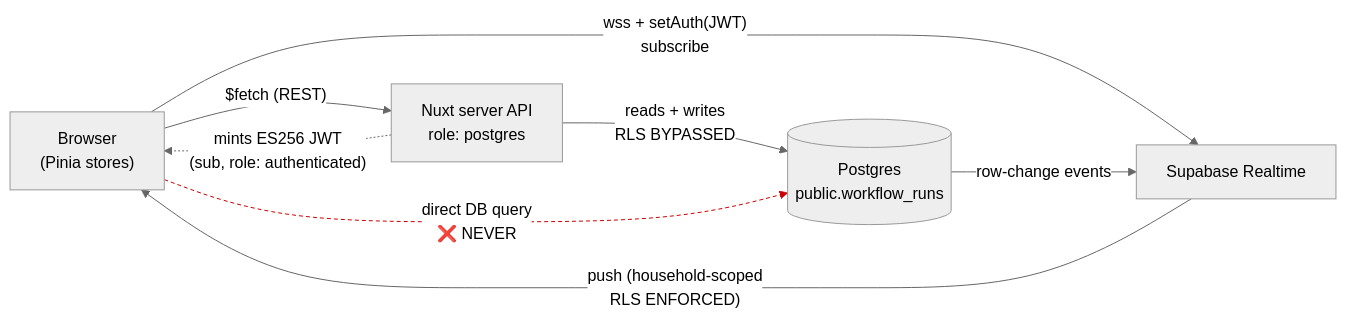
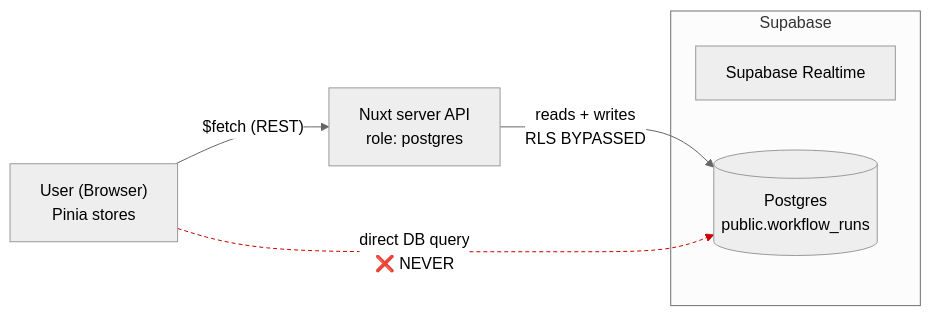
Before and after one commit to julie-ng/tally-split-ai: the first of 2 diagrams in docs/REALTIME.md, drawn with Mermaid (neutral theme). The commit also changed other lines of this file, not shown here.

Commit message:
wip: update diagrams

````diff
--- a/docs/REALTIME.md
+++ b/docs/REALTIME.md
@@ -15,23 +21,18 @@
 ```mermaid
 flowchart LR
-  Browser["Browser<br/>(Pinia stores)"]
   API["Nuxt server API<br/>role: postgres"]
-  RT["Supabase Realtime"]
-  PG[("Postgres<br/>public.workflow_runs")]
+  Browser["User (Browser)<br/>Pinia stores"]
 
-  %% REST path — all reads + writes, via our server, RLS bypassed
+  subgraph Supabase
+    RT["Supabase Realtime"]
+    PG[("Postgres<br/>public.workflow_runs")]
+  end
+
+  API -->|"reads + writes<br/>RLS BYPASSED"| PG
   Browser -->|"$fetch (REST)"| API
-  API -->|"reads + writes<br/>RLS BYPASSED"| PG
 
-  %% Realtime path — read-only push to the browser, RLS enforced
-  API -.->|"mints ES256 JWT<br/>(sub, role: authenticated)"| Browser
-  Browser -->|"wss + setAuth(JWT)<br/>subscribe"| RT
-  PG -->|"row-change events"| RT
-  RT -->|"push (household-scoped<br/>RLS ENFORCED)"| Browser
-
-  %% Forbidden
   Browser -.->|"direct DB query<br/>❌ NEVER"| PG
 
   classDef forbidden stroke:#c00,stroke-dasharray:4 3,color:#c00;
-  linkStyle 6 stroke:#c00,stroke-dasharray:4 3;
+  linkStyle 2 stroke:#c00,stroke-dasharray:4 3;
 ```
````
